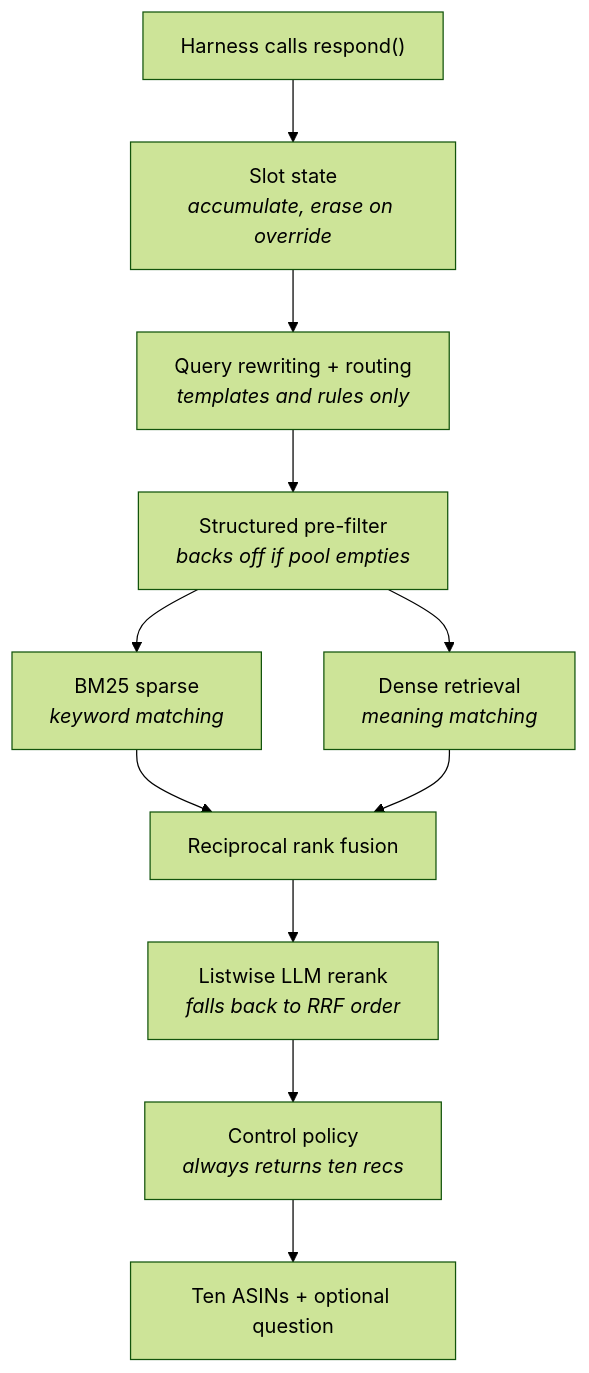
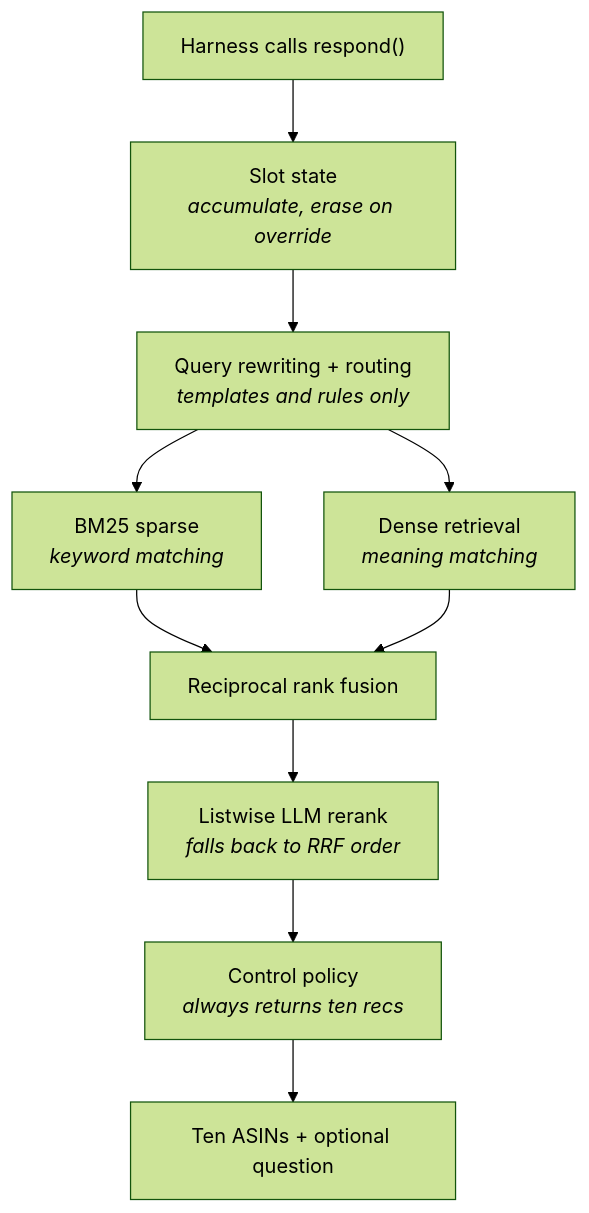
One commit to yong-zhuo/techjam26_inittowinit changed the diagram in DESIGN.md. Above: the diagram before and after it, drawn with Mermaid (forest theme). The commit also changed other lines of this file and 2 other files, not shown here.

````diff
--- a/DESIGN.md
+++ b/DESIGN.md
@@ -42,13 +42,12 @@
 ```mermaid
 flowchart TD
     H["Harness calls respond()"] --> S["Slot state<br/><i>accumulate, erase on override</i>"]
     S --> Q["Query rewriting + routing<br/><i>templates and rules only</i>"]
-    Q --> F["Structured pre-filter<br/><i>backs off if pool empties</i>"]
-    F --> B["BM25 sparse<br/><i>keyword matching</i>"]
-    F --> D["Dense retrieval<br/><i>meaning matching</i>"]
+    Q --> B["BM25 sparse<br/><i>keyword matching</i>"]
+    Q --> D["Dense retrieval<br/><i>meaning matching</i>"]
     B --> R["Reciprocal rank fusion"]
     D --> R
     R --> L["Listwise LLM rerank<br/><i>falls back to RRF order</i>"]
     L --> C["Control policy<br/><i>always returns ten recs</i>"]
     C --> O["Ten ASINs + optional question"]
 ```
````
